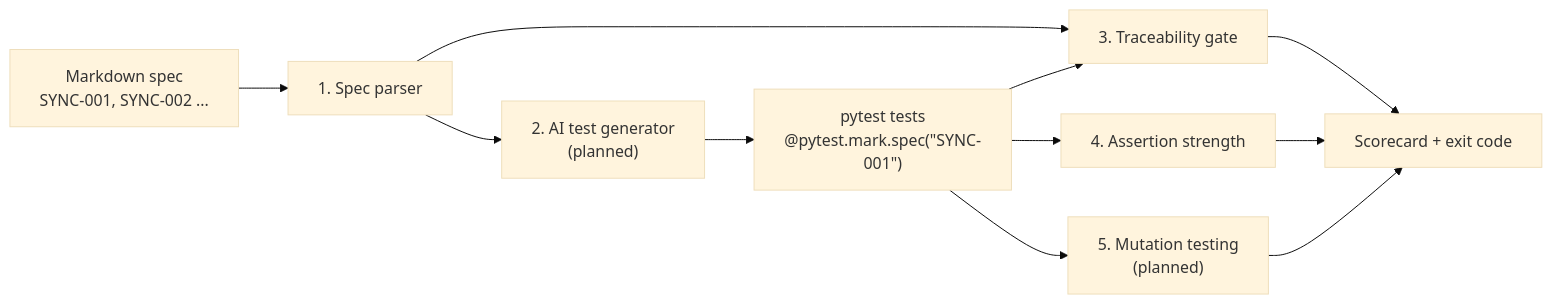
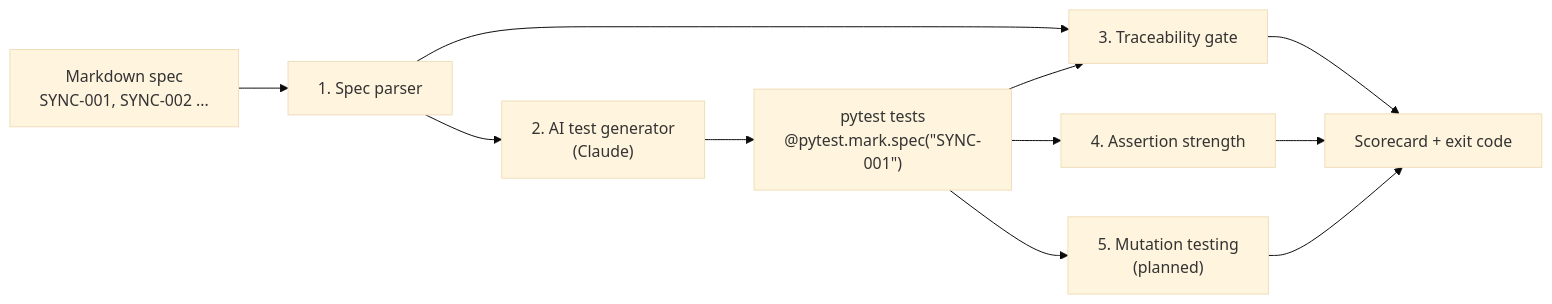
One commit to gssingh/specgate changed the diagram in README.md. Above: the diagram before and after it, drawn with Mermaid (base theme). The commit also changed other lines of this file and 7 other files, not shown here.

````diff
--- a/README.md
+++ b/README.md
@@ -9,13 +9,13 @@
 ```mermaid
 flowchart LR
     S["Markdown spec<br/>SYNC-001, SYNC-002 ..."] --> P["1. Spec parser"]
-    P --> G["2. AI test generator<br/>(planned)"]
+    P --> G["2. AI test generator<br/>(Claude)"]
     G --> T["pytest tests<br/>@pytest.mark.spec(&quot;SYNC-001&quot;)"]
     P --> TR["3. Traceability gate"]
     T --> TR
     T --> AS["4. Assertion strength"]
     T --> MU["5. Mutation testing<br/>(planned)"]
     TR --> R["Scorecard + exit code"]
     AS --> R
     MU --> R
 ```
````
